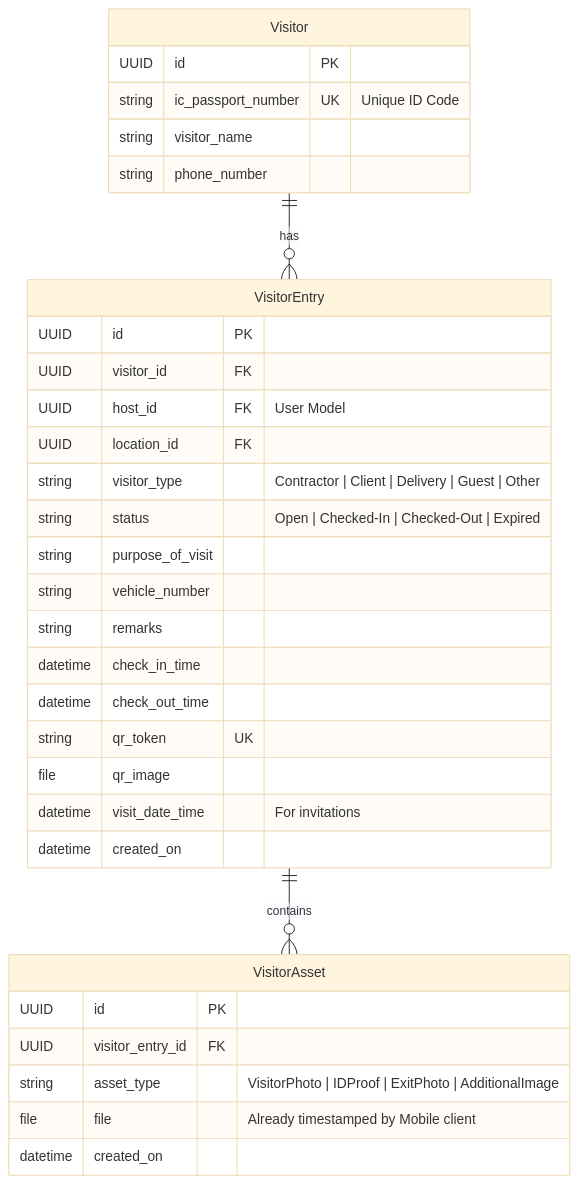
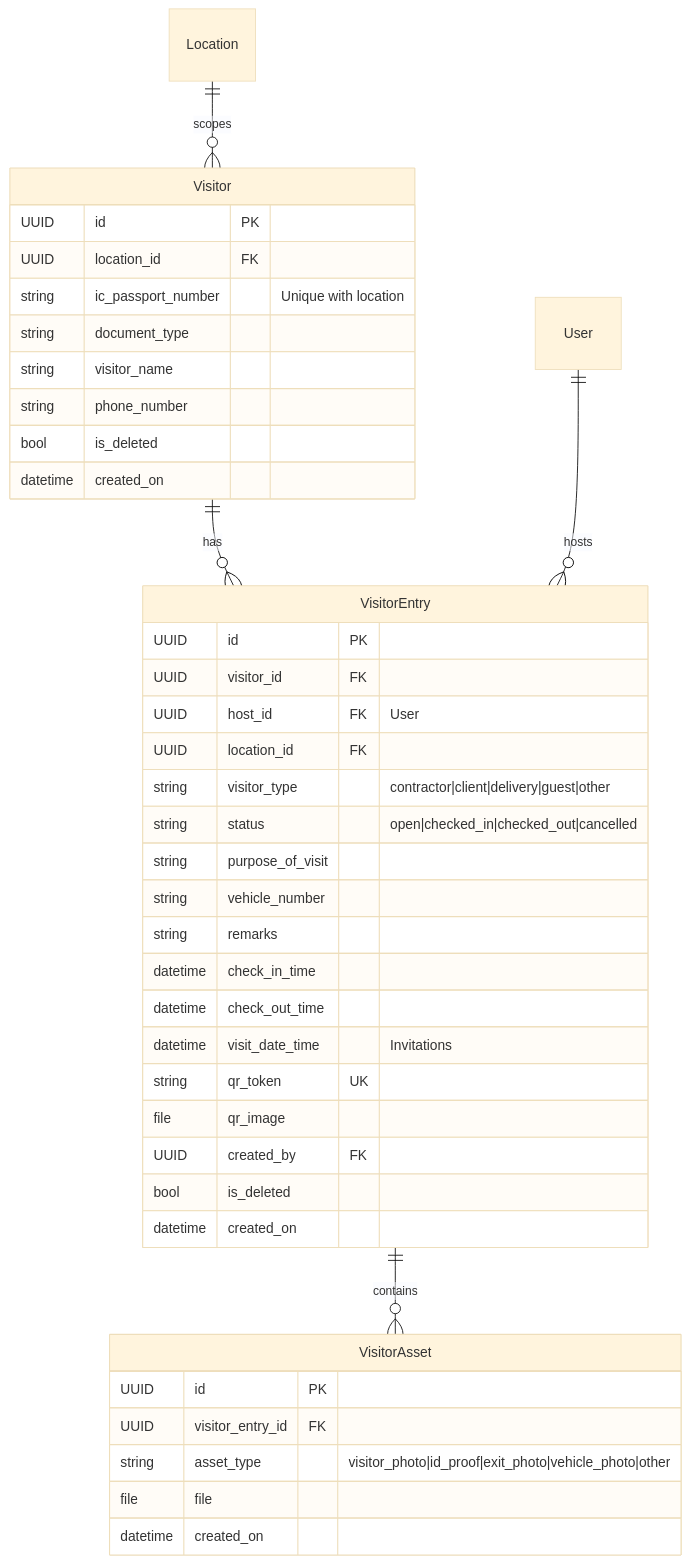
One commit to Win-Win-Tech/gtms changed the diagram in patrol_backend/docs/vistor_management_implementation_plan.md. Above: the diagram before and after it, drawn with Mermaid (base theme). The commit also changed other lines of this file and 18 other files, not shown here.

````diff
--- a/patrol_backend/docs/vistor_management_implementation_plan.md
+++ b/patrol_backend/docs/vistor_management_implementation_plan.md
@@ -100,38 +31,46 @@
 ```mermaid
 erDiagram
+    Location ||--o{ Visitor : scopes
     Visitor ||--o{ VisitorEntry : has
     VisitorEntry ||--o{ VisitorAsset : contains
-    
+    User ||--o{ VisitorEntry : hosts
+
     Visitor {
         UUID id PK
-        string ic_passport_number UK "Unique ID Code"
+        UUID location_id FK
+        string ic_passport_number "Unique with location"
+        string document_type
         string visitor_name
         string phone_number
+        bool is_deleted
+        datetime created_on
     }
-    
+
     VisitorEntry {
         UUID id PK
         UUID visitor_id FK
-        UUID host_id FK "User Model"
+        UUID host_id FK "User"
         UUID location_id FK
-        string visitor_type "Contractor | Client | Delivery | Guest | Other"
-        string status "Open | Checked-In | Checked-Out | Expired"
+        string visitor_type "contractor|client|delivery|guest|other"
+        string status "open|checked_in|checked_out|cancelled"
         string purpose_of_visit
         string vehicle_number
         string remarks
         datetime check_in_time
         datetime check_out_time
+        datetime visit_date_time "Invitations"
         string qr_token UK
         file qr_image
-        datetime visit_date_time "For invitations"
+        UUID created_by FK
+        bool is_deleted
         datetime created_on
     }
-    
+
     VisitorAsset {
         UUID id PK
         UUID visitor_entry_id FK
-        string asset_type "VisitorPhoto | IDProof | ExitPhoto | AdditionalImage"
-        file file "Already timestamped by Mobile client"
+        string asset_type "visitor_photo|id_proof|exit_photo|vehicle_photo|other"
+        file file
         datetime created_on
     }
 ```
````
